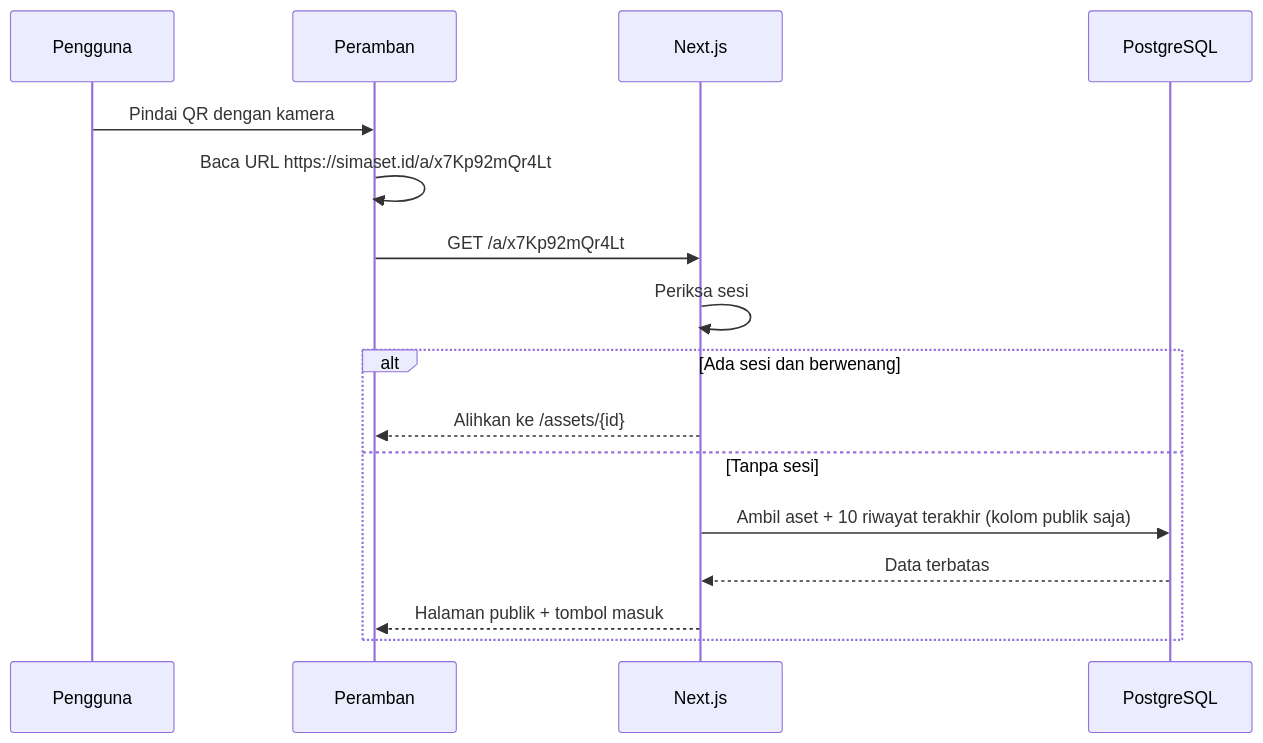
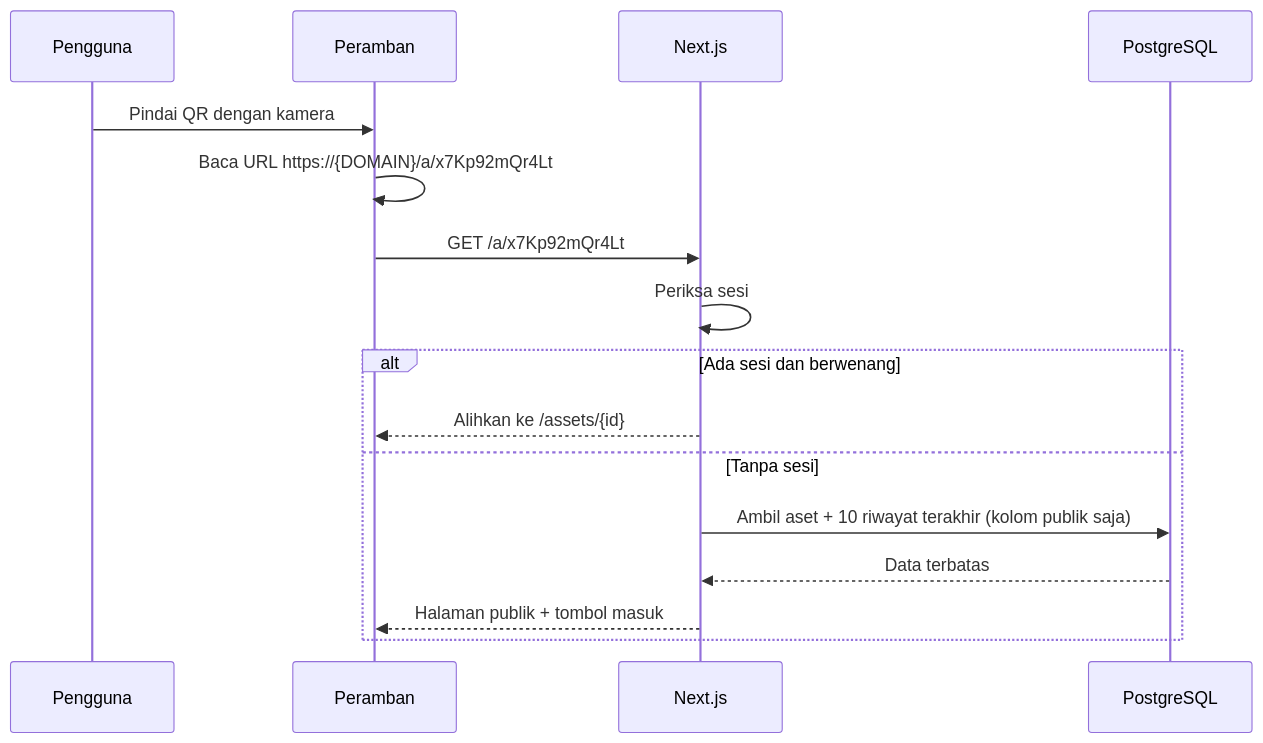
The second of 4 diagrams in docs/04-technical-architecture.md (mferdinandr/inventory-management), drawn with Mermaid before and after one commit. The commit also changed other lines of this file and 8 other files, not shown here.

````diff
--- a/docs/04-technical-architecture.md
+++ b/docs/04-technical-architecture.md
@@ -169,19 +205,19 @@
 ```mermaid
 sequenceDiagram
     participant U as Pengguna
     participant B as Peramban
     participant N as Next.js
     participant DB as PostgreSQL
 
     U->>B: Pindai QR dengan kamera
-    B->>B: Baca URL https://simaset.id/a/x7Kp92mQr4Lt
+    B->>B: Baca URL https://{DOMAIN}/a/x7Kp92mQr4Lt
     B->>N: GET /a/x7Kp92mQr4Lt
     N->>N: Periksa sesi
     alt Ada sesi dan berwenang
         N-->>B: Alihkan ke /assets/{id}
     else Tanpa sesi
         N->>DB: Ambil aset + 10 riwayat terakhir (kolom publik saja)
         DB-->>N: Data terbatas
         N-->>B: Halaman publik + tombol masuk
     end
 ```
````
